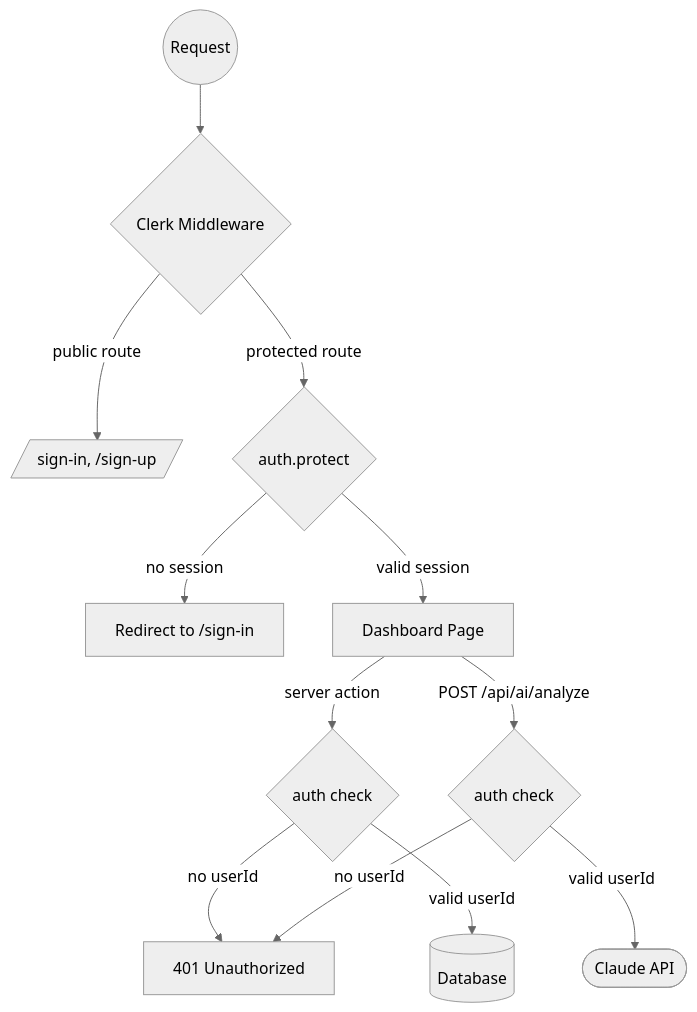
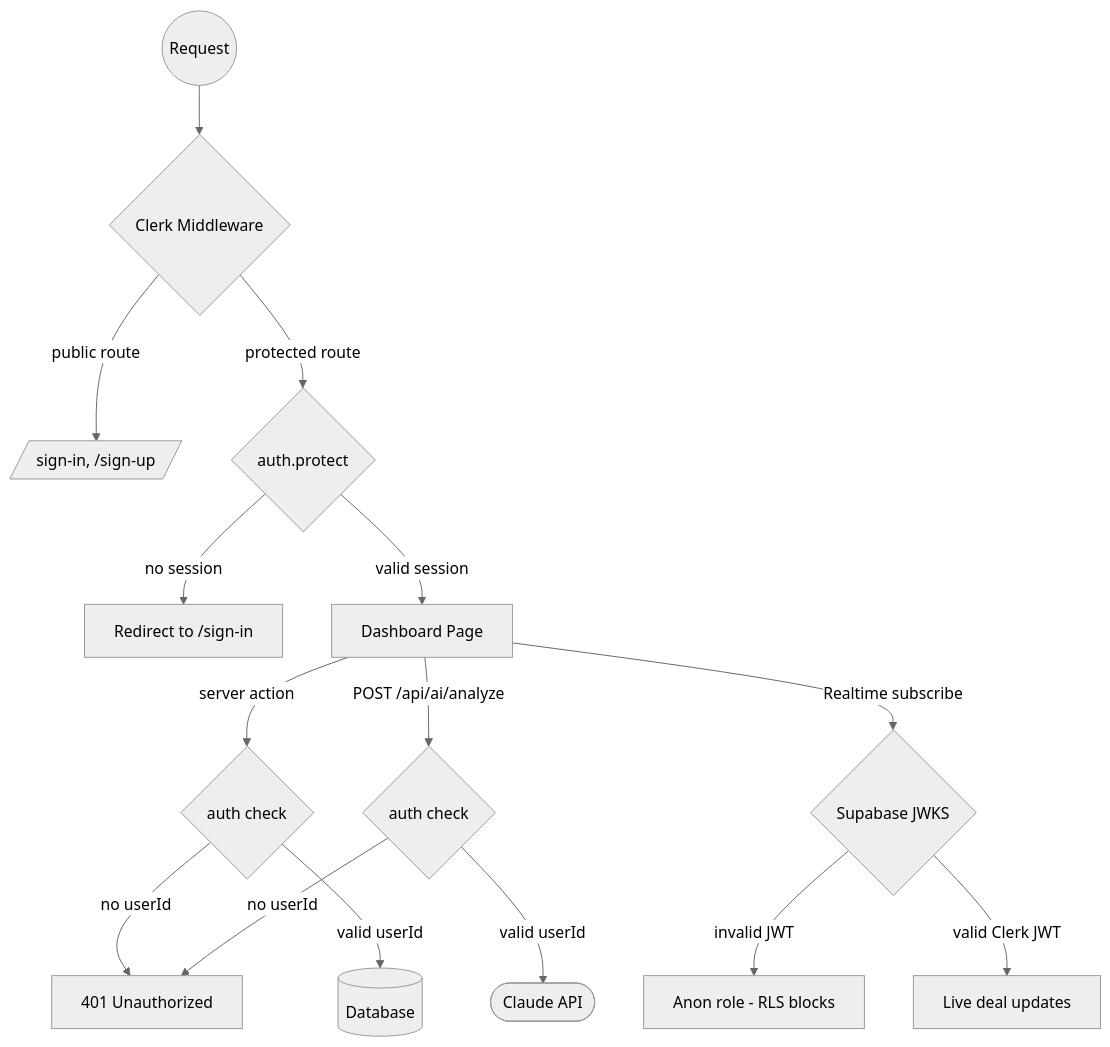
One commit to wenindoubt/admin.wenindoubt.com changed the diagram in docs/auth-flow.md. Above: the diagram before and after it, drawn with Mermaid (neutral theme). The commit also changed other lines of this file and 15 other files, not shown here.

First line of the commit message:
perf(db): add indexes, RLS, pagination, and authenticated realtime

````diff
--- a/docs/auth-flow.md
+++ b/docs/auth-flow.md
@@ -5,14 +5,17 @@
 ```mermaid
 flowchart TD
     Request((Request)) --> Middleware{Clerk Middleware}
     Middleware -->|public route| SignIn[/sign-in, /sign-up/]
     Middleware -->|protected route| AuthCheck{auth.protect}
     AuthCheck -->|no session| Redirect[Redirect to /sign-in]
     AuthCheck -->|valid session| Page[Dashboard Page]
     Page -->|server action| ActionAuth{auth check}
     ActionAuth -->|no userId| Error[401 Unauthorized]
     ActionAuth -->|valid userId| DB[(Database)]
     Page -->|POST /api/ai/analyze| APIAuth{auth check}
     APIAuth -->|no userId| Error
     APIAuth -->|valid userId| Claude([Claude API])
+    Page -->|Realtime subscribe| SupaAuth{Supabase JWKS}
+    SupaAuth -->|invalid JWT| Blocked[Anon role - RLS blocks]
+    SupaAuth -->|valid Clerk JWT| Realtime[Live deal updates]
 ```
````
